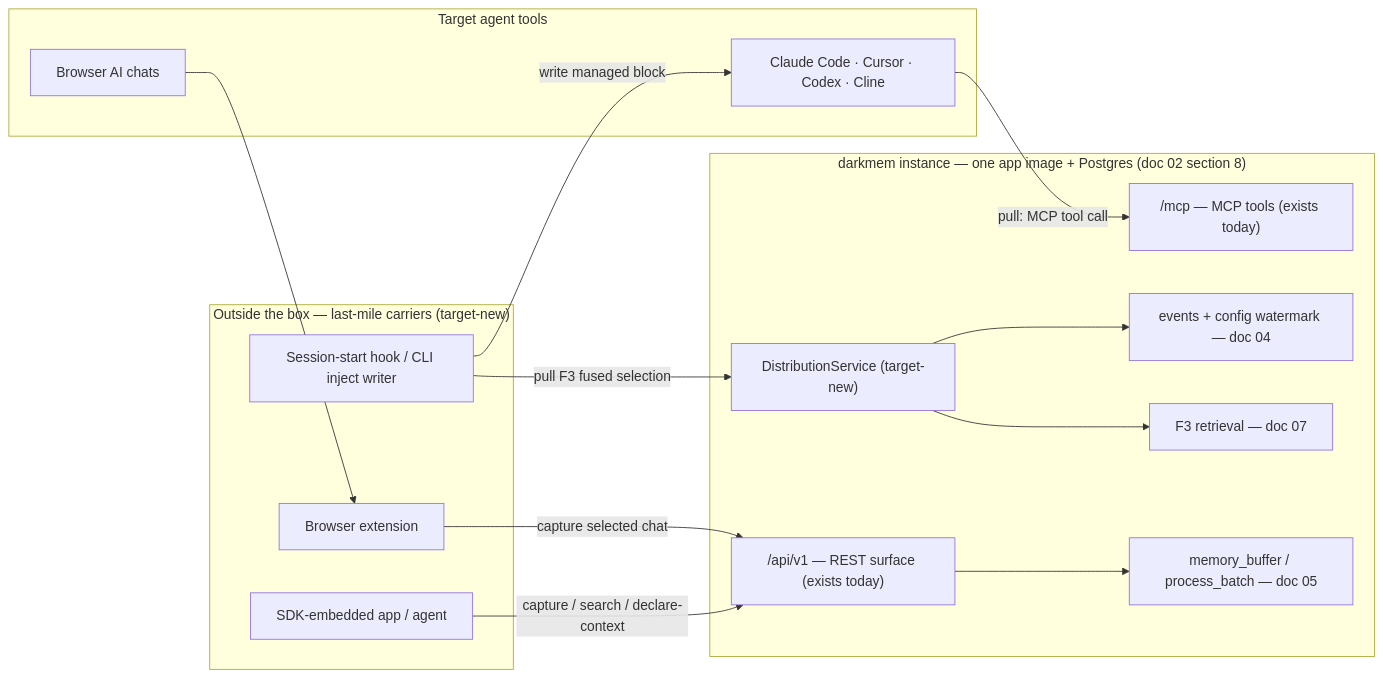
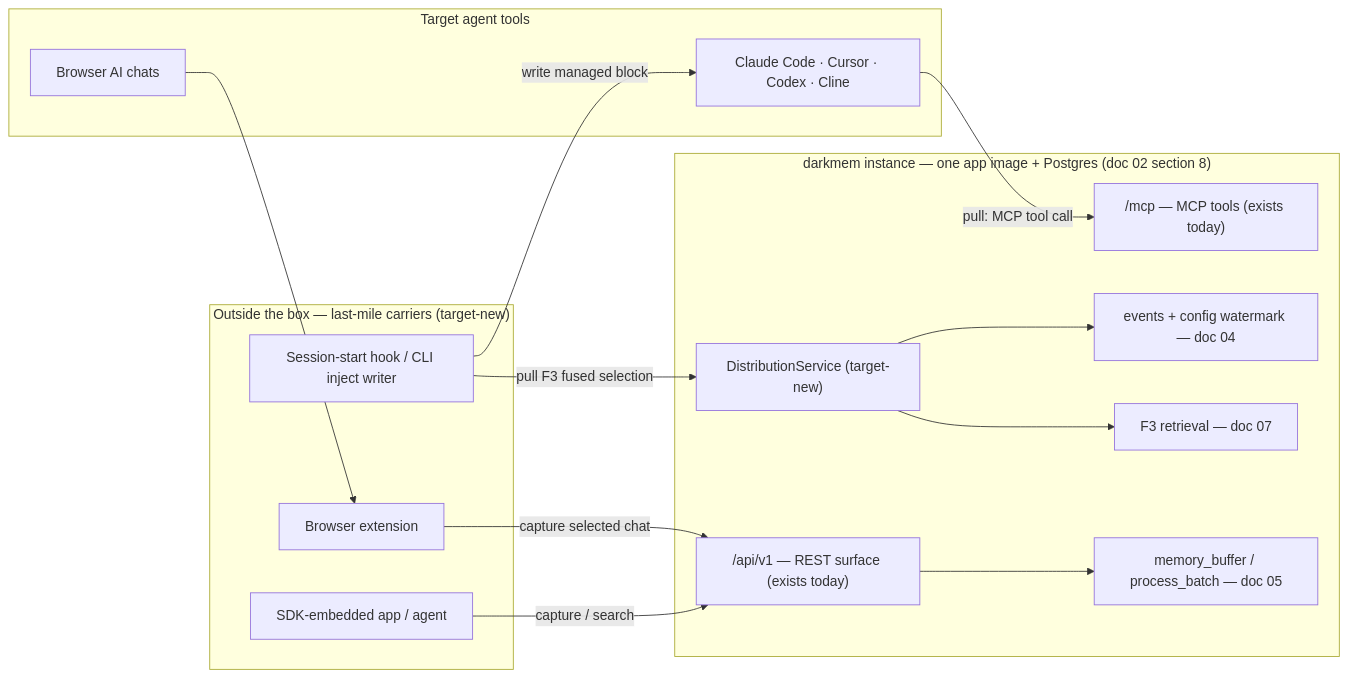
One commit to darkraise/darkmem changed the first of 8 diagrams in docs/design/15-distribution-and-integration.md. Above: the diagram before and after it, drawn with Mermaid. The commit also changed other lines of this file and 16 other files, not shown here.

````diff
--- a/docs/design/15-distribution-and-integration.md
+++ b/docs/design/15-distribution-and-integration.md
@@ -33,31 +33,31 @@
 ```mermaid
 flowchart LR
     subgraph OUT["Outside the box — last-mile carriers (target-new)"]
         HOOK["Session-start hook / CLI inject writer"]
         EXT["Browser extension"]
         SDKc["SDK-embedded app / agent"]
     end
     subgraph TOOLS["Target agent tools"]
         CC["Claude Code · Cursor · Codex · Cline"]
         BR["Browser AI chats"]
     end
 
     subgraph BOX["darkmem instance — one app image + Postgres (doc 02 section 8)"]
         MCP["/mcp — MCP tools (exists today)"]
         REST["/api/v1 — REST surface (exists today)"]
         DIST["DistributionService (target-new)"]
         RETR["F3 retrieval — doc 07"]
         BUF["memory_buffer / process_batch — doc 05"]
         EVT["events + config watermark — doc 04"]
     end
 
     CC -->|"pull: MCP tool call"| MCP
     HOOK -->|"pull F3 fused selection"| DIST
     DIST --> RETR
     HOOK -->|"write managed block"| CC
     EXT -->|"capture selected chat"| REST
     REST --> BUF
     BR --> EXT
-    SDKc -->|"capture / search / declare-context"| REST
+    SDKc -->|"capture / search"| REST
     DIST --> EVT
 ```
````
